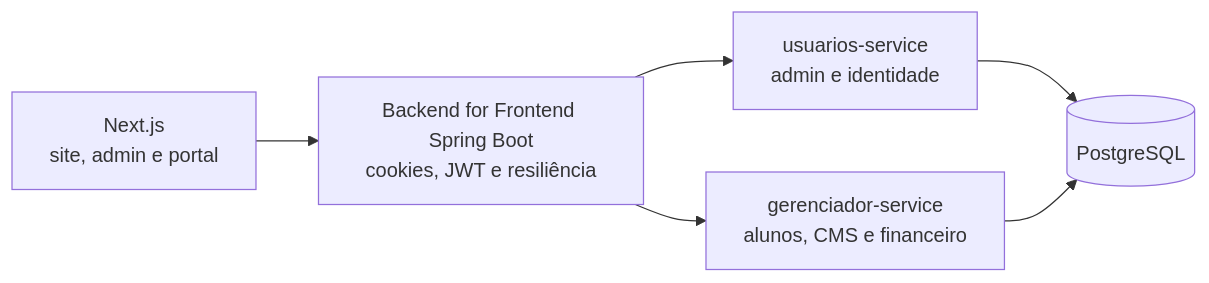
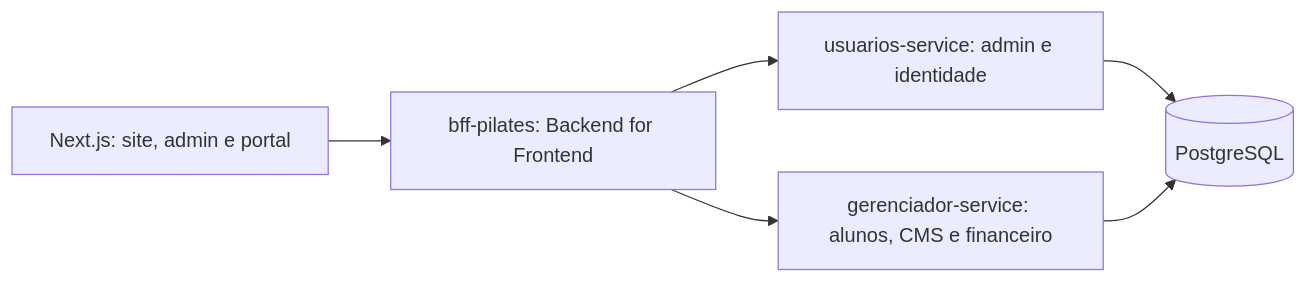
The diagram in README.md (JhonathanDominick/rockepilates), drawn with Mermaid before and after one commit.

Commit message:
docs(readme): corrige diagrama de arquitetura

````diff
--- a/README.md
+++ b/README.md
@@ -32,8 +32,8 @@
 ```mermaid
 flowchart LR
-    UI["Next.js<br/>site, admin e portal"] --> BFF["Backend for Frontend Spring Boot<br/>cookies, JWT e resiliência"]
-    BFF --> USR["usuarios-service<br/>admin e identidade"]
-    BFF --> GER["gerenciador-service<br/>alunos, CMS e financeiro"]
+    UI["Next.js: site, admin e portal"] --> BFF["bff-pilates: Backend for Frontend"]
+    BFF --> USR["usuarios-service: admin e identidade"]
+    BFF --> GER["gerenciador-service: alunos, CMS e financeiro"]
     USR --> PG[(PostgreSQL)]
     GER --> PG
 ```
````
